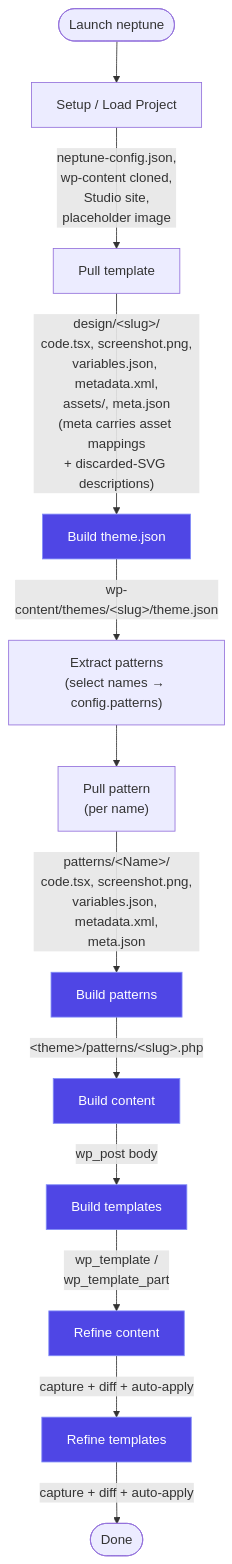
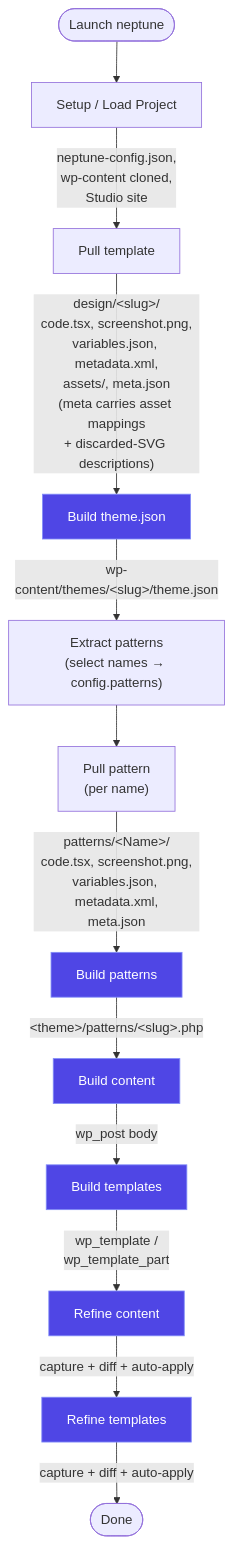
The first of 2 diagrams in README.md (a8cteam51/neptune), drawn with Mermaid before and after one commit. The commit also changed other lines of this file and 9 other files, not shown here.

First line of the commit message:
Remove placeholder image setup and handling

````diff
--- a/README.md
+++ b/README.md
@@ -46,17 +46,17 @@
 ```mermaid
 flowchart TD
     Start(["Launch neptune"]) --> Setup["Setup / Load Project"]
-    Setup -->|"neptune-config.json,<br/>wp-content cloned,<br/>Studio site,<br/>placeholder image"| Pull["Pull template"]
+    Setup -->|"neptune-config.json,<br/>wp-content cloned,<br/>Studio site"| Pull["Pull template"]
     Pull -->|"design/&lt;slug&gt;/<br/>code.tsx, screenshot.png,<br/>variables.json, metadata.xml,<br/>assets/, meta.json<br/>(meta carries asset mappings<br/>+ discarded-SVG descriptions)"| Theme["Build theme.json"]
     Theme -->|"wp-content/themes/&lt;slug&gt;/theme.json"| Extract["Extract patterns<br/>(select names → config.patterns)"]
     Extract --> PullPat["Pull pattern<br/>(per name)"]
     PullPat -->|"patterns/&lt;Name&gt;/<br/>code.tsx, screenshot.png,<br/>variables.json, metadata.xml,<br/>meta.json"| BuildPat["Build patterns"]
     BuildPat -->|"&lt;theme&gt;/patterns/&lt;slug&gt;.php"| BuildCt["Build content"]
     BuildCt -->|"wp_post body"| BuildTpl["Build templates"]
     BuildTpl -->|"wp_template /<br/>wp_template_part"| Refine["Refine content"]
     Refine -->|"capture + diff + auto-apply"| RefineTpl["Refine templates"]
     RefineTpl -->|"capture + diff + auto-apply"| Done(["Done"])
 
     classDef agent fill:#4f46e5,stroke:#818cf8,color:#fff
     class Theme,BuildPat,BuildCt,BuildTpl,Refine,RefineTpl agent
 ```
````
